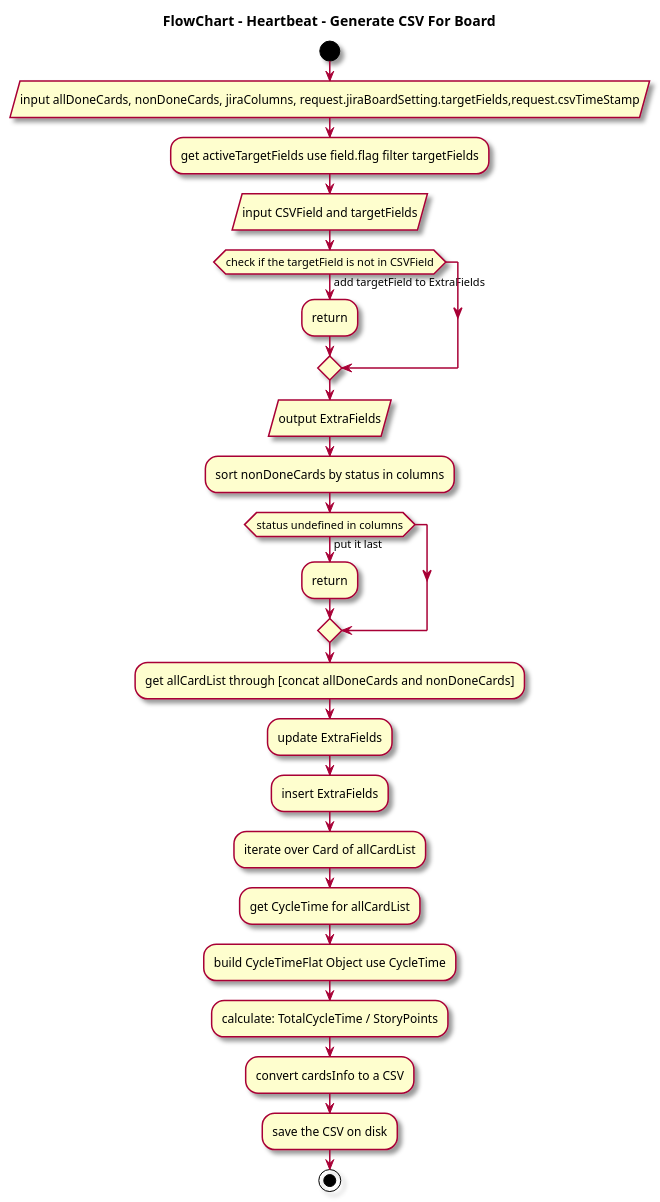
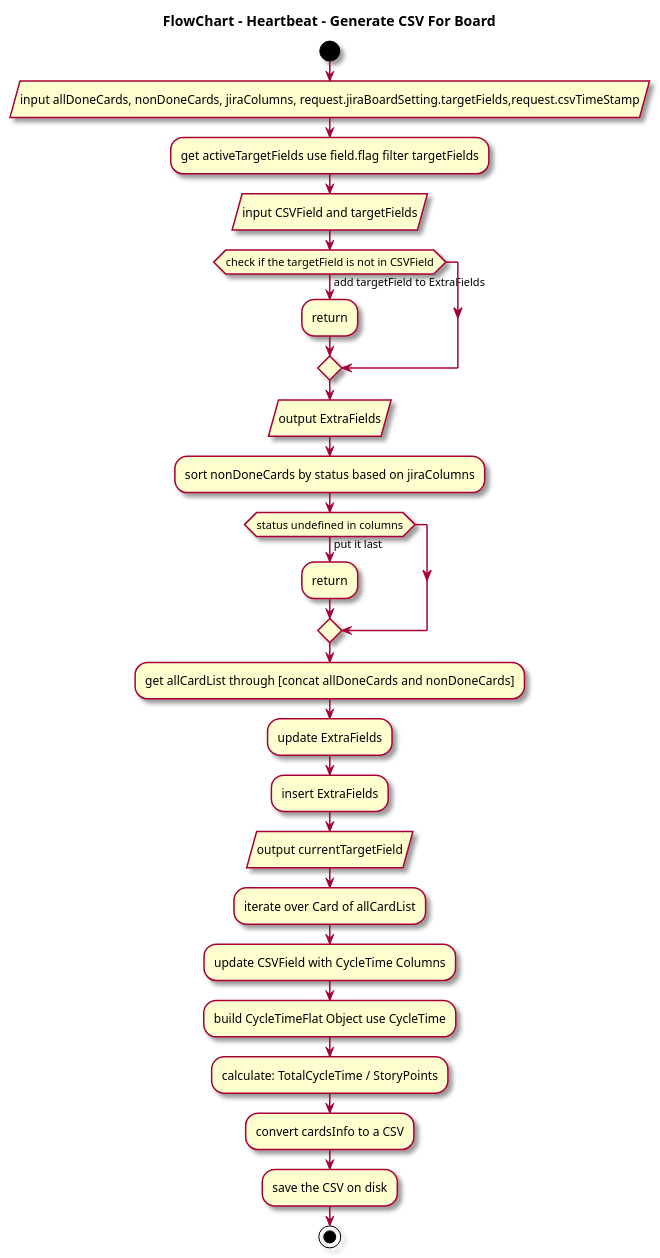
Before and after one commit to thoughtworks/HeartBeat: diagram 11 of 11 in docs/src/pages/en/dev-center/flow-diagrams.md, drawn with PlantUML. The commit also changed 1 other file, not shown here.

Commit message:
ADM-446 update board csv flow diagrams

````diff
--- a/docs/src/pages/en/dev-center/flow-diagrams.md
+++ b/docs/src/pages/en/dev-center/flow-diagrams.md
@@ -431,29 +431,30 @@
 ```plantuml
 @startuml Generate CSV For Board
 skin rose
 skinparam defaultTextAlignment center
 title FlowChart - Heartbeat - Generate CSV For Board
 start
 :input allDoneCards, nonDoneCards, jiraColumns, request.jiraBoardSetting.targetFields,request.csvTimeStamp/
 :get activeTargetFields use field.flag filter targetFields;
 :input CSVField and targetFields/
 if(check if the targetField is not in CSVField) then (add targetField to ExtraFields)
 :return;
 endif
 :output ExtraFields/
-:sort nonDoneCards by status in columns;
+:sort nonDoneCards by status based on jiraColumns;
 if(status undefined in columns) then (put it last)
 :return;
 endif
 :get allCardList through [concat allDoneCards and nonDoneCards];
 :update ExtraFields;
 :insert ExtraFields;
+:output currentTargetField/
  :iterate over Card of allCardList;
- :get CycleTime for allCardList;
+ :update CSVField with CycleTime Columns;
  :build CycleTimeFlat Object use CycleTime;
  :calculate: TotalCycleTime / StoryPoints;
 :convert cardsInfo to a CSV;
 :save the CSV on disk;
 stop
 @enduml
 ```
````
